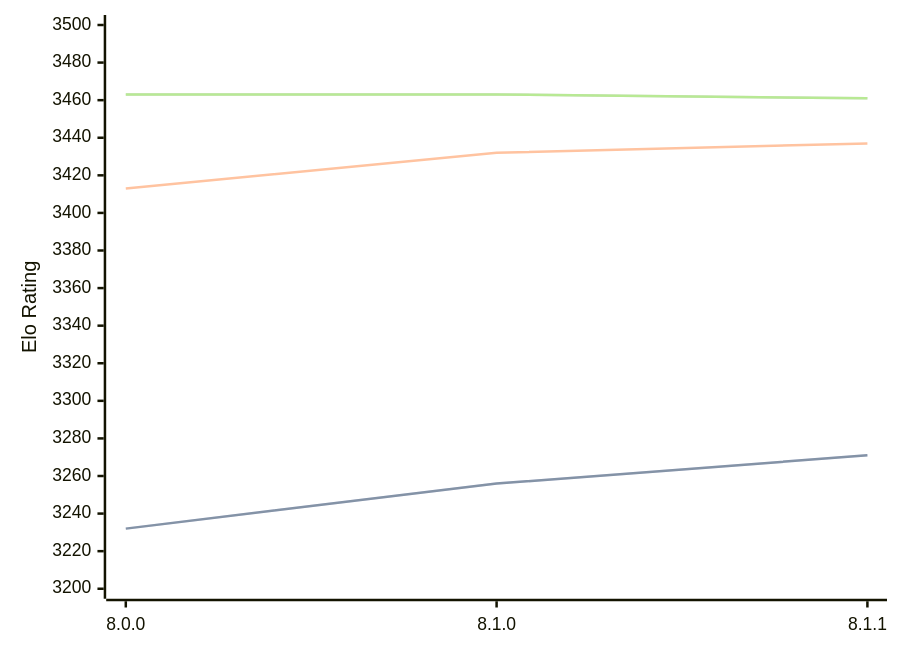
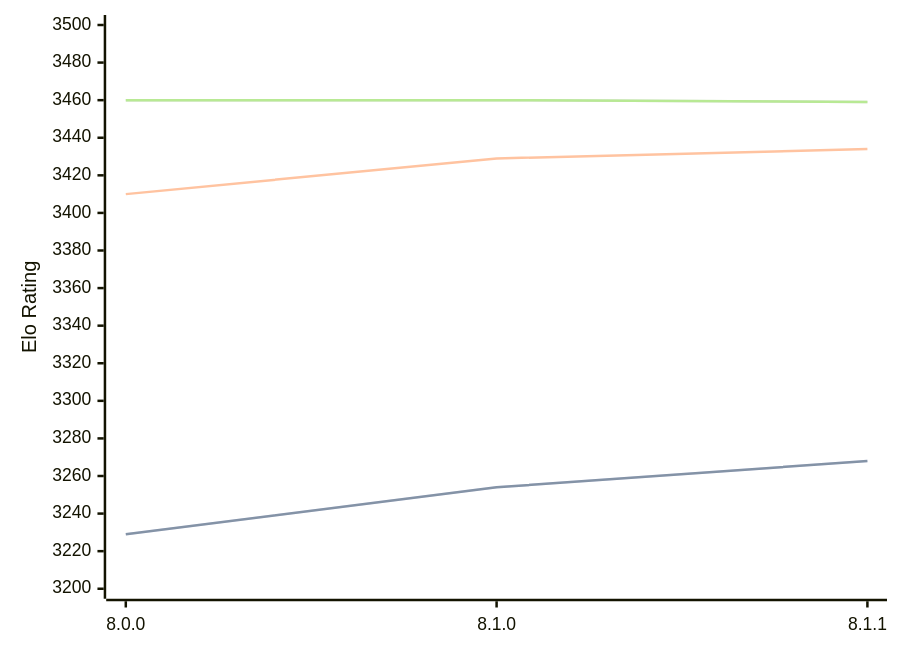
The diagram in engines/Velvet.md (computer-chess-index/cci), drawn with Mermaid before and after one commit. The commit also changed other lines of this file, not shown here.

Commit message:
Update CCI Ratings (ELO VLTC) - 2026-08-12

````diff
--- a/engines/Velvet.md
+++ b/engines/Velvet.md
@@ -33,11 +33,11 @@
 ```mermaid
 %%{init: {"theme":"base","themeVariables":{"seriesColors:['#a3a3a3','#222221','#faa371']}}}%%
 xychart-beta
   x-axis ["8.0.0", "8.1.0", "8.1.1"]
   y-axis "Elo Rating" 3200 --> 3500
-  line "STC (8.0+0.08s)" [3232, 3256, 3271]
-  line "STC (8.0+0.08s)" [3232, 3256, 3271]
-  line "LTC (60.0+0.60s)" [3413, 3432, 3437]
-  line "VLTC (2m24s+1.12s)" [3463, 3463, 3461]
-  line "VLTC (2m24s+1.12s)" [3463, 3463, 3461]
+  line "STC (8.0+0.08s)" [3229, 3254, 3268]
+  line "STC (8.0+0.08s)" [3229, 3254, 3268]
+  line "LTC (60.0+0.60s)" [3410, 3429, 3434]
+  line "VLTC (2m24s+1.12s)" [3460, 3460, 3459]
+  line "VLTC (2m24s+1.12s)" [3460, 3460, 3459]
 ```
````
